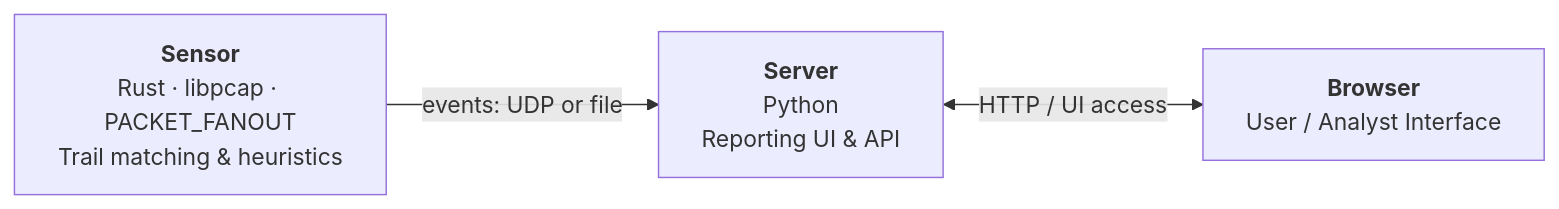
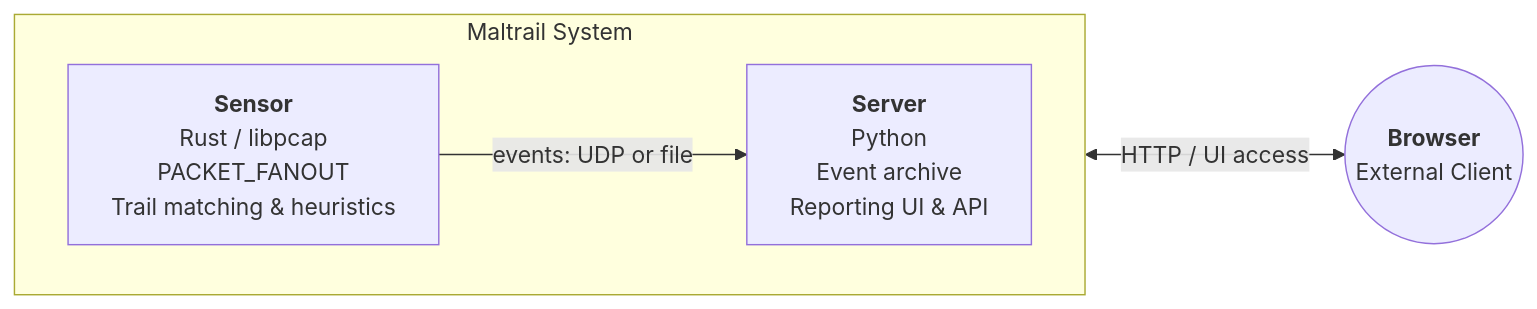
One commit to stamparm/maltrail changed the diagram in README.md. Above: the diagram before and after it, drawn with Mermaid.

````diff
--- a/README.md
+++ b/README.md
@@ -70,9 +70,13 @@
 ```mermaid
 flowchart LR
-    Sensor["<b>Sensor</b><br/>Rust · libpcap · PACKET_FANOUT<br/>Trail matching & heuristics"]
-    Server["<b>Server</b><br/>Python<br/>Reporting UI & API"]
-    Browser["<b>Browser</b><br/>User / Analyst Interface"]
+    subgraph Maltrail ["Maltrail System"]
+        direction LR
+        Sensor["<b>Sensor</b><br/>Rust / libpcap<br/>PACKET_FANOUT<br/>Trail matching & heuristics"]
+        Server["<b>Server</b><br/>Python<br/>Event archive<br/>Reporting UI & API"]
+    end
+
+    Browser(("<b>Browser</b><br/>External Client"))
 
     Sensor -->|events: UDP or file| Server
     Server <-->|HTTP / UI access| Browser
 ```
````
